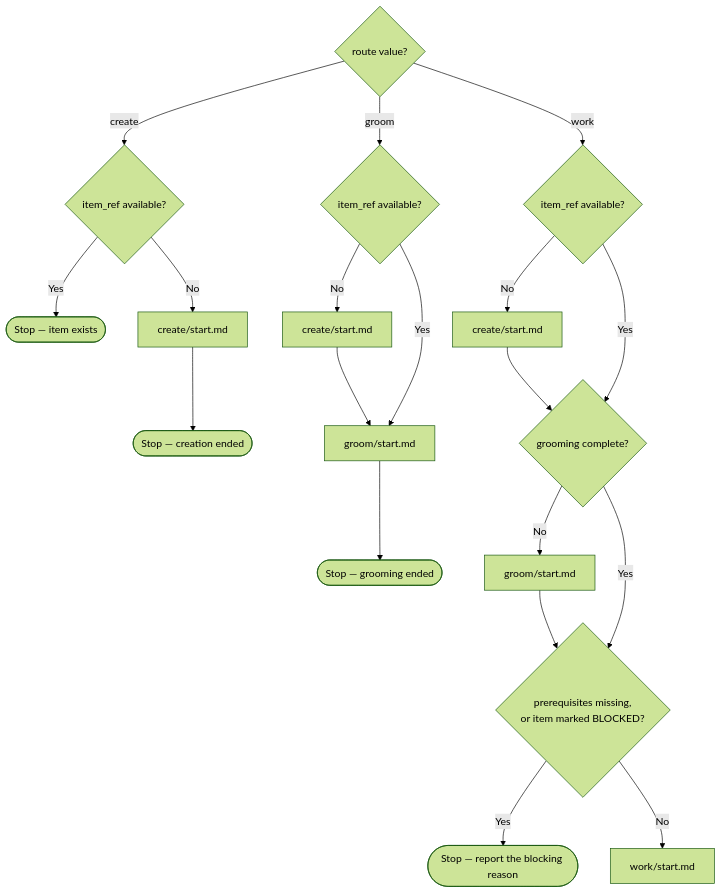
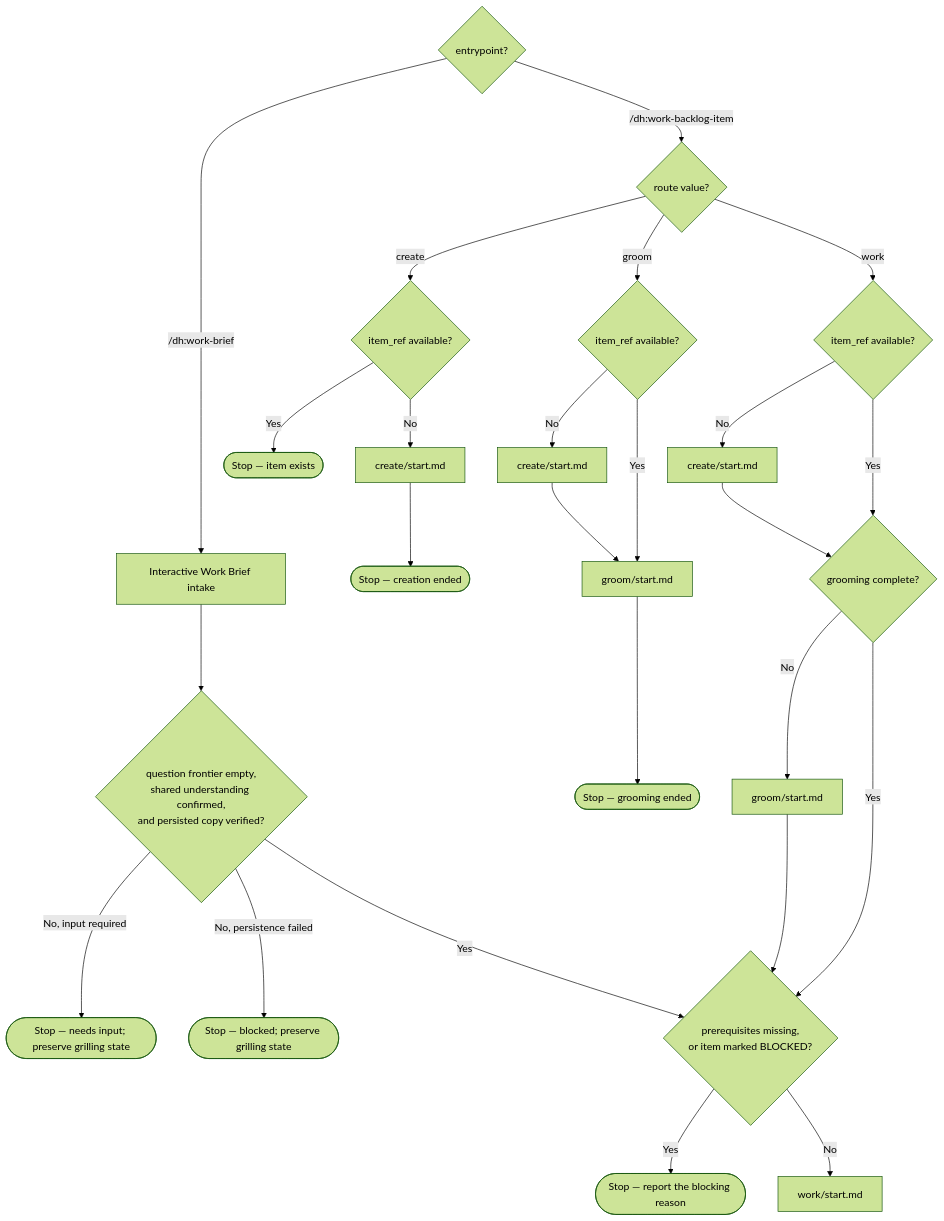
The second of 2 diagrams in plugins/development-harness/docs/backlog-lifecycle.md (Jamie-BitFlight/claude_skills), drawn with Mermaid (forest theme) before and after one commit. The commit also changed other lines of this file and 7 other files, not shown here.

Commit message:
docs(dh): define work brief architecture

````diff
--- a/plugins/development-harness/docs/backlog-lifecycle.md
+++ b/plugins/development-harness/docs/backlog-lifecycle.md
@@ -120,24 +134,32 @@
 ```mermaid
 flowchart TD
+    Entry{"entrypoint?"}
+    Entry -->|/dh:work-brief| BriefIntake["Interactive Work Brief intake"]
+    BriefIntake --> BriefReady{"question frontier empty,<br>shared understanding confirmed,<br>and persisted copy verified?"}
+    BriefReady -->|No, input required| BriefInput(["Stop — needs input; preserve grilling state"])
+    BriefReady -->|No, persistence failed| BriefBlocked(["Stop — blocked; preserve grilling state"])
+    BriefReady -->|Yes| WorkGate
+    Entry -->|/dh:work-backlog-item| Route
+
     Route{"route value?"}
     Route -->|create| CreateRef{"item_ref available?"}
     CreateRef -->|Yes| CreateSkip(["Stop — item exists"])
     CreateRef -->|No| Create["create/start.md"]
     Create --> CreateEnd(["Stop — creation ended"])
 
     Route -->|groom| GroomRef{"item_ref available?"}
     GroomRef -->|No| GroomCreate["create/start.md"]
     GroomCreate --> Groom
     GroomRef -->|Yes| Groom["groom/start.md"]
     Groom --> GroomEnd(["Stop — grooming ended"])
 
     Route -->|work| WorkRef{"item_ref available?"}
     WorkRef -->|No| WorkCreate["create/start.md"]
     WorkCreate --> WorkGroomed
     WorkRef -->|Yes| WorkGroomed{"grooming complete?"}
     WorkGroomed -->|No| WorkGroom["groom/start.md"]
     WorkGroom --> WorkGate
     WorkGroomed -->|Yes| WorkGate{"prerequisites missing,<br>or item marked BLOCKED?"}
     WorkGate -->|Yes| WorkStop(["Stop — report the blocking reason"])
     WorkGate -->|No| Work["work/start.md"]
 ```
````
